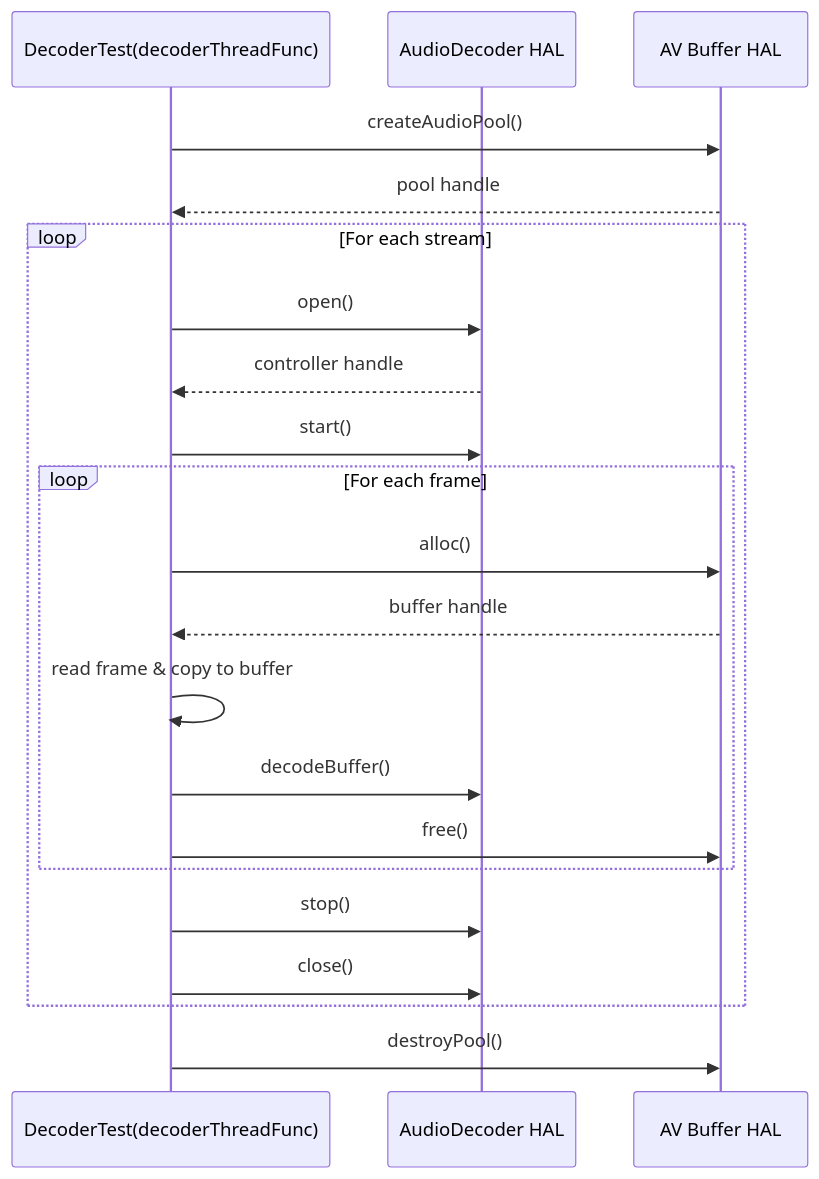
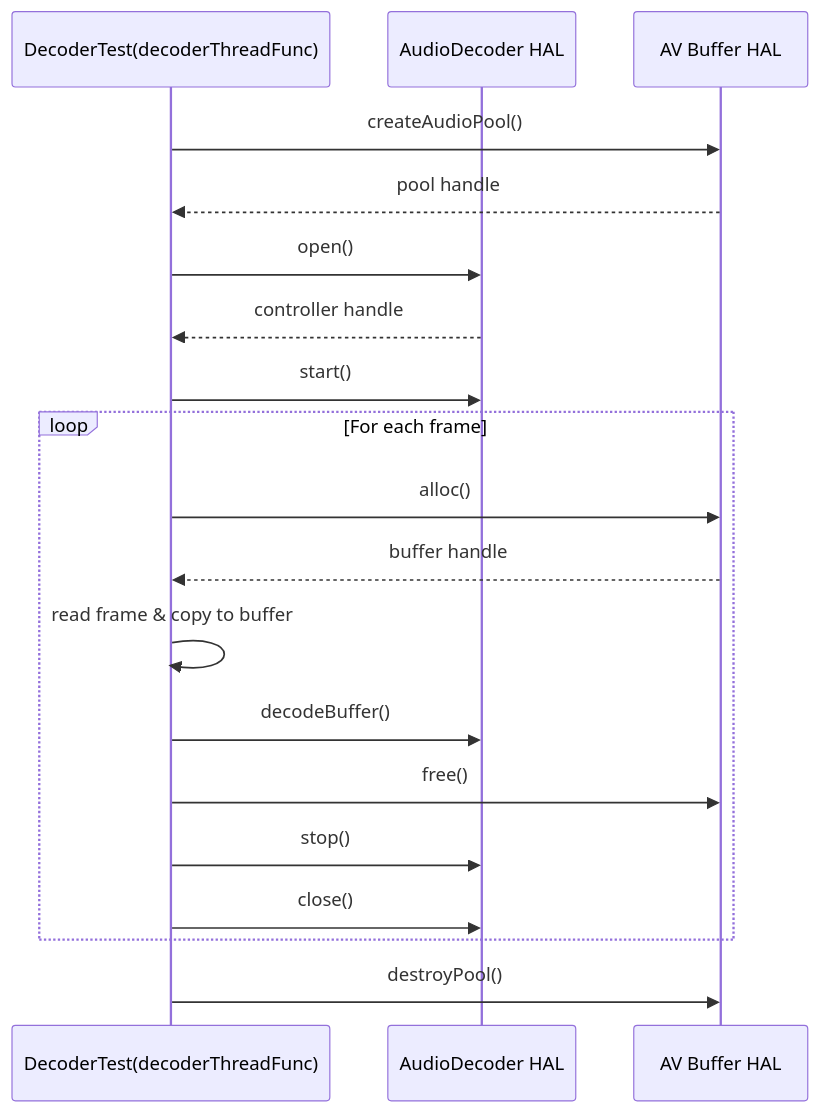
The sixth of 12 diagrams in docs/pages/audioDecoder_L3_Low-Level_TestSpecification.md (davidkoo-brcm/rdk-halif-aidl-test-audiodecoder), drawn with Mermaid before and after one commit. The commit also changed other lines of this file and 4 other files, not shown here.

````diff
--- a/docs/pages/audioDecoder_L3_Low-Level_TestSpecification.md
+++ b/docs/pages/audioDecoder_L3_Low-Level_TestSpecification.md
@@ -299,24 +315,22 @@
 ```mermaid
 sequenceDiagram
   participant rundecoder as DecoderTest(decoderThreadFunc)
   participant AudioDecoder HAL
   participant AV Buffer HAL
 
   rundecoder->>AV Buffer HAL: createAudioPool()
   AV Buffer HAL-->>rundecoder: pool handle
-  loop For each stream
-    rundecoder->>AudioDecoder HAL: open()
-    AudioDecoder HAL-->>rundecoder: controller handle
-    rundecoder->>AudioDecoder HAL: start()
-    loop For each frame
-      rundecoder->>AV Buffer HAL: alloc()
-      AV Buffer HAL-->>rundecoder: buffer handle
-      rundecoder->>rundecoder: read frame & copy to buffer
-      rundecoder->>AudioDecoder HAL: decodeBuffer()
-      rundecoder->>AV Buffer HAL: free()
-    end
+  rundecoder->>AudioDecoder HAL: open()
+  AudioDecoder HAL-->>rundecoder: controller handle
+  rundecoder->>AudioDecoder HAL: start()
+  loop For each frame
+    rundecoder->>AV Buffer HAL: alloc()
+    AV Buffer HAL-->>rundecoder: buffer handle
+    rundecoder->>rundecoder: read frame & copy to buffer
+    rundecoder->>AudioDecoder HAL: decodeBuffer()
+    rundecoder->>AV Buffer HAL: free()
     rundecoder->>AudioDecoder HAL: stop()
     rundecoder->>AudioDecoder HAL: close()
   end
   rundecoder->>AV Buffer HAL: destroyPool()
 ```
````
